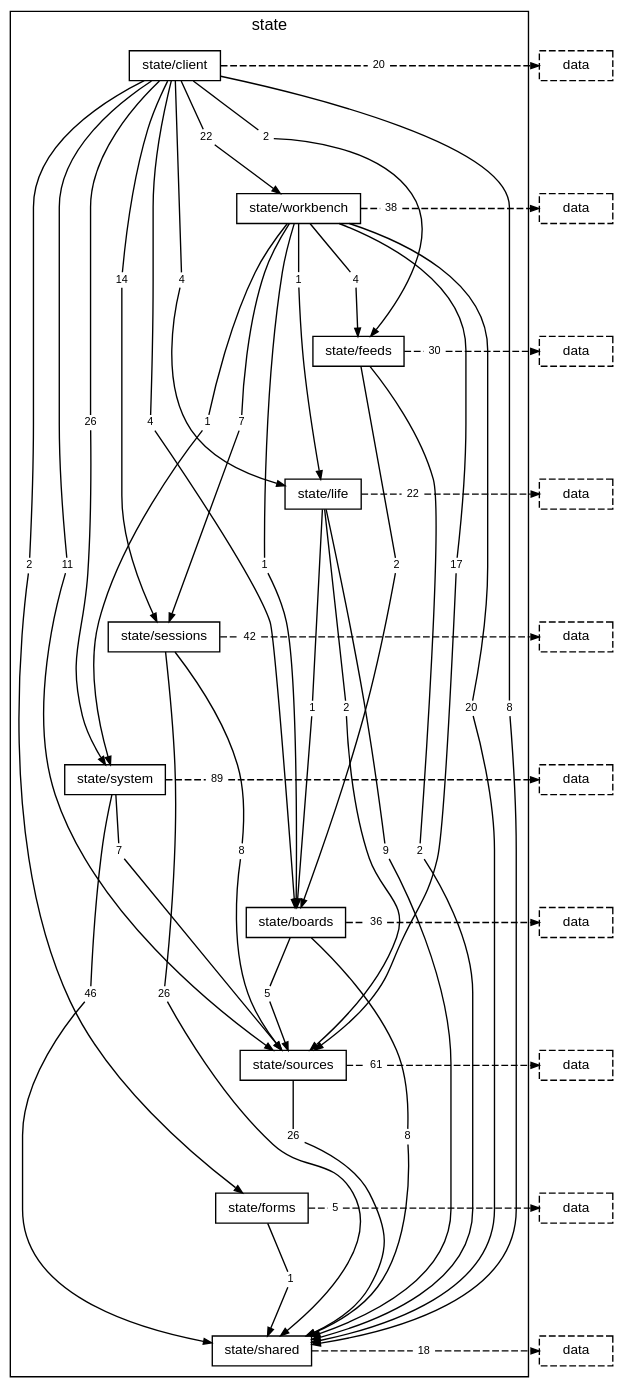
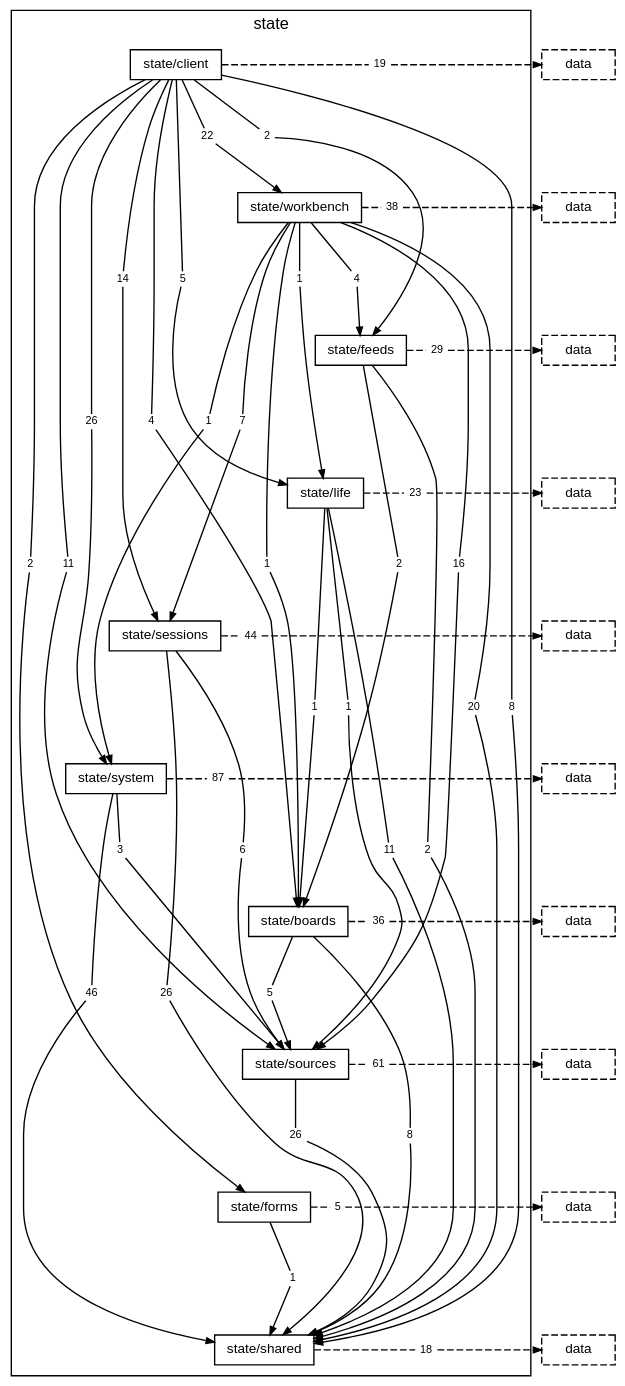
Before and after one commit to TheAxeC/oculus: the diagram in docs/diagrams/layer-state.dot, drawn with Graphviz. The commit also changed 464 other files, not shown here.

```diff
--- a/docs/diagrams/layer-state.dot
+++ b/docs/diagrams/layer-state.dot
@@ -17,34 +17,34 @@
         "folder state/client to folder state/boards" [label="4", shape=box, color="transparent", fontsize=8, width=0, height=0, margin="0.04,0.02"];
         "folder state/client to folder state/feeds" [label="2", shape=box, color="transparent", fontsize=8, width=0, height=0, margin="0.04,0.02"];
         "folder state/client to folder state/forms" [label="2", shape=box, color="transparent", fontsize=8, width=0, height=0, margin="0.04,0.02"];
-        "folder state/client to folder state/life" [label="4", shape=box, color="transparent", fontsize=8, width=0, height=0, margin="0.04,0.02"];
+        "folder state/client to folder state/life" [label="5", shape=box, color="transparent", fontsize=8, width=0, height=0, margin="0.04,0.02"];
         "folder state/client to folder state/sessions" [label="14", shape=box, color="transparent", fontsize=8, width=0, height=0, margin="0.04,0.02"];
         "folder state/client to folder state/shared" [label="8", shape=box, color="transparent", fontsize=8, width=0, height=0, margin="0.04,0.02"];
         "folder state/client to folder state/sources" [label="11", shape=box, color="transparent", fontsize=8, width=0, height=0, margin="0.04,0.02"];
         "folder state/client to folder state/system" [label="26", shape=box, color="transparent", fontsize=8, width=0, height=0, margin="0.04,0.02"];
         "folder state/client to folder state/workbench" [label="22", shape=box, color="transparent", fontsize=8, width=0, height=0, margin="0.04,0.02"];
-        "folder state/client to layer data" [label="20", shape=box, color="transparent", fontsize=8, width=0, height=0, margin="0.04,0.02"];
+        "folder state/client to layer data" [label="19", shape=box, color="transparent", fontsize=8, width=0, height=0, margin="0.04,0.02"];
         "folder state/workbench to folder state/boards" [label="1", shape=box, color="transparent", fontsize=8, width=0, height=0, margin="0.04,0.02"];
         "folder state/workbench to folder state/feeds" [label="4", shape=box, color="transparent", fontsize=8, width=0, height=0, margin="0.04,0.02"];
         "folder state/workbench to folder state/life" [label="1", shape=box, color="transparent", fontsize=8, width=0, height=0, margin="0.04,0.02"];
         "folder state/workbench to folder state/sessions" [label="7", shape=box, color="transparent", fontsize=8, width=0, height=0, margin="0.04,0.02"];
         "folder state/workbench to folder state/shared" [label="20", shape=box, color="transparent", fontsize=8, width=0, height=0, margin="0.04,0.02"];
-        "folder state/workbench to folder state/sources" [label="17", shape=box, color="transparent", fontsize=8, width=0, height=0, margin="0.04,0.02"];
+        "folder state/workbench to folder state/sources" [label="16", shape=box, color="transparent", fontsize=8, width=0, height=0, margin="0.04,0.02"];
         "folder state/workbench to folder state/system" [label="1", shape=box, color="transparent", fontsize=8, width=0, height=0, margin="0.04,0.02"];
         "folder state/workbench to layer data" [label="38", shape=box, color="transparent", fontsize=8, width=0, height=0, margin="0.04,0.02"];
         "folder state/feeds to folder state/boards" [label="2", shape=box, color="transparent", fontsize=8, width=0, height=0, margin="0.04,0.02"];
         "folder state/feeds to folder state/shared" [label="2", shape=box, color="transparent", fontsize=8, width=0, height=0, margin="0.04,0.02"];
-        "folder state/feeds to layer data" [label="30", shape=box, color="transparent", fontsize=8, width=0, height=0, margin="0.04,0.02"];
+        "folder state/feeds to layer data" [label="29", shape=box, color="transparent", fontsize=8, width=0, height=0, margin="0.04,0.02"];
         "folder state/life to folder state/boards" [label="1", shape=box, color="transparent", fontsize=8, width=0, height=0, margin="0.04,0.02"];
-        "folder state/life to folder state/shared" [label="9", shape=box, color="transparent", fontsize=8, width=0, height=0, margin="0.04,0.02"];
-        "folder state/life to folder state/sources" [label="2", shape=box, color="transparent", fontsize=8, width=0, height=0, margin="0.04,0.02"];
-        "folder state/life to layer data" [label="22", shape=box, color="transparent", fontsize=8, width=0, height=0, margin="0.04,0.02"];
+        "folder state/life to folder state/shared" [label="11", shape=box, color="transparent", fontsize=8, width=0, height=0, margin="0.04,0.02"];
+        "folder state/life to folder state/sources" [label="1", shape=box, color="transparent", fontsize=8, width=0, height=0, margin="0.04,0.02"];
+        "folder state/life to layer data" [label="23", shape=box, color="transparent", fontsize=8, width=0, height=0, margin="0.04,0.02"];
         "folder state/sessions to folder state/shared" [label="26", shape=box, color="transparent", fontsize=8, width=0, height=0, margin="0.04,0.02"];
-        "folder state/sessions to folder state/sources" [label="8", shape=box, color="transparent", fontsize=8, width=0, height=0, margin="0.04,0.02"];
-        "folder state/sessions to layer data" [label="42", shape=box, color="transparent", fontsize=8, width=0, height=0, margin="0.04,0.02"];
+        "folder state/sessions to folder state/sources" [label="6", shape=box, color="transparent", fontsize=8, width=0, height=0, margin="0.04,0.02"];
+        "folder state/sessions to layer data" [label="44", shape=box, color="transparent", fontsize=8, width=0, height=0, margin="0.04,0.02"];
         "folder state/system to folder state/shared" [label="46", shape=box, color="transparent", fontsize=8, width=0, height=0, margin="0.04,0.02"];
-        "folder state/system to folder state/sources" [label="7", shape=box, color="transparent", fontsize=8, width=0, height=0, margin="0.04,0.02"];
-        "folder state/system to layer data" [label="89", shape=box, color="transparent", fontsize=8, width=0, height=0, margin="0.04,0.02"];
+        "folder state/system to folder state/sources" [label="3", shape=box, color="transparent", fontsize=8, width=0, height=0, margin="0.04,0.02"];
+        "folder state/system to layer data" [label="87", shape=box, color="transparent", fontsize=8, width=0, height=0, margin="0.04,0.02"];
         "folder state/boards to folder state/shared" [label="8", shape=box, color="transparent", fontsize=8, width=0, height=0, margin="0.04,0.02"];
         "folder state/boards to folder state/sources" [label="5", shape=box, color="transparent", fontsize=8, width=0, height=0, margin="0.04,0.02"];
         "folder state/boards to layer data" [label="36", shape=box, color="transparent", fontsize=8, width=0, height=0, margin="0.04,0.02"];
```
